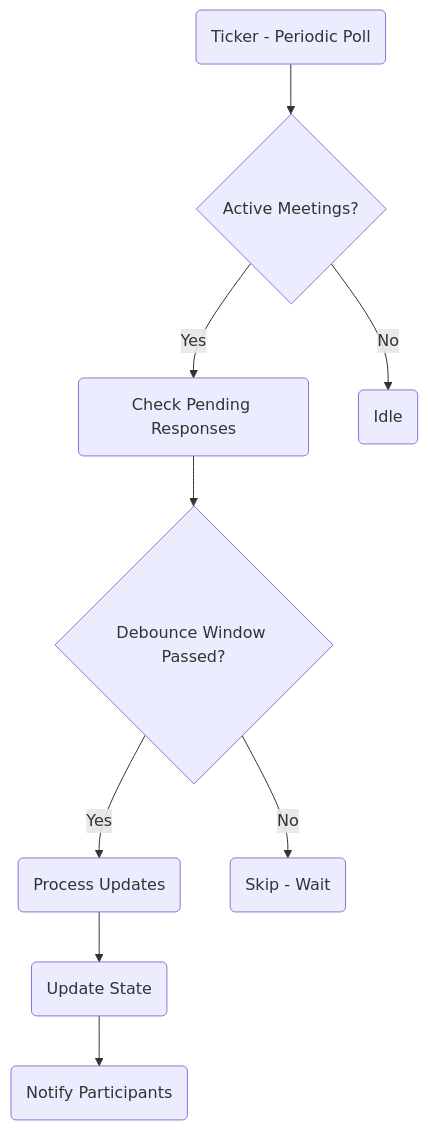
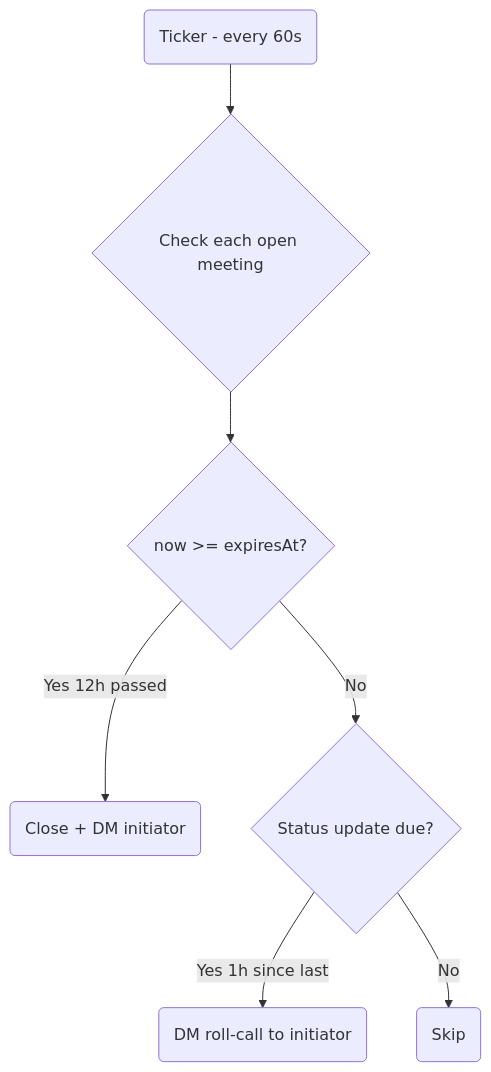
One commit to javana3/claw_meeting_all changed the sixth of 7 diagrams in README.md. Above: the diagram before and after it, drawn with Mermaid. The commit also changed other lines of this file and 4 other files, not shown here.

````diff
--- a/README.md
+++ b/README.md
@@ -112,11 +157,9 @@
 ```mermaid
 graph TD
-    A(Ticker - Periodic Poll) --> B{Active Meetings?}
-    B -->|Yes| C(Check Pending Responses)
-    C --> D{Debounce Window Passed?}
-    D -->|Yes| E(Process Updates)
-    D -->|No| F(Skip - Wait)
-    B -->|No| G(Idle)
-    E --> H(Update State)
-    H --> I(Notify Participants)
+    A(Ticker - every 60s) --> B{Check each open meeting}
+    B --> C{now >= expiresAt?}
+    C -->|Yes 12h passed| D(Close + DM initiator)
+    C -->|No| E{Status update due?}
+    E -->|Yes 1h since last| F(DM roll-call to initiator)
+    E -->|No| G(Skip)
 ```
````
